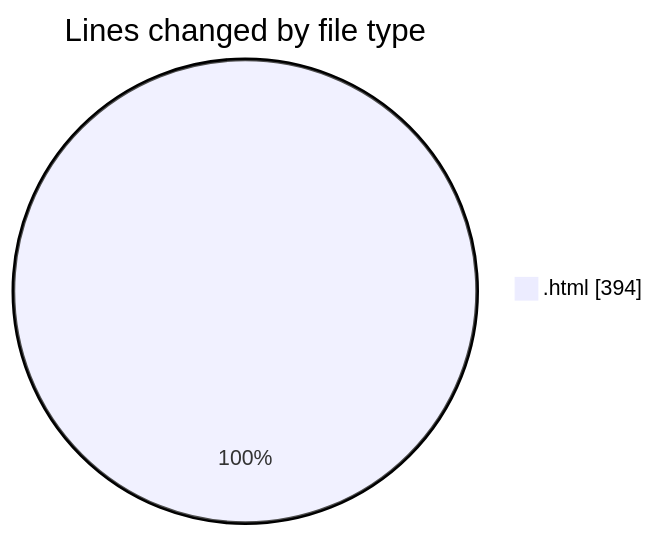
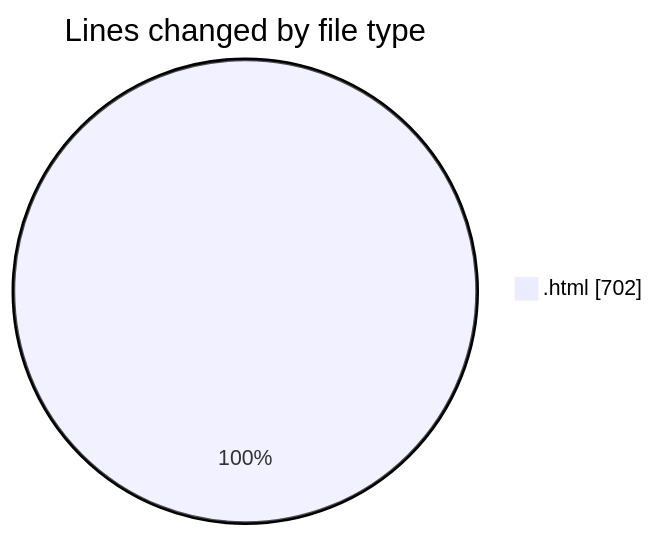
One commit to Ritupan-Deka/code-tracking changed the first of 2 diagrams in 2025-01-28/0starter_files/README.md. Above: the diagram before and after it, drawn with Mermaid. The commit also changed other lines of this file and 1 other file, not shown here.

````diff
--- a/2025-01-28/0starter_files/README.md
+++ b/2025-01-28/0starter_files/README.md
@@ -20,5 +20,5 @@
 ```mermaid
 pie showData
 title Lines changed by file type
-".html" : 394
+".html" : 702
 ```
````
